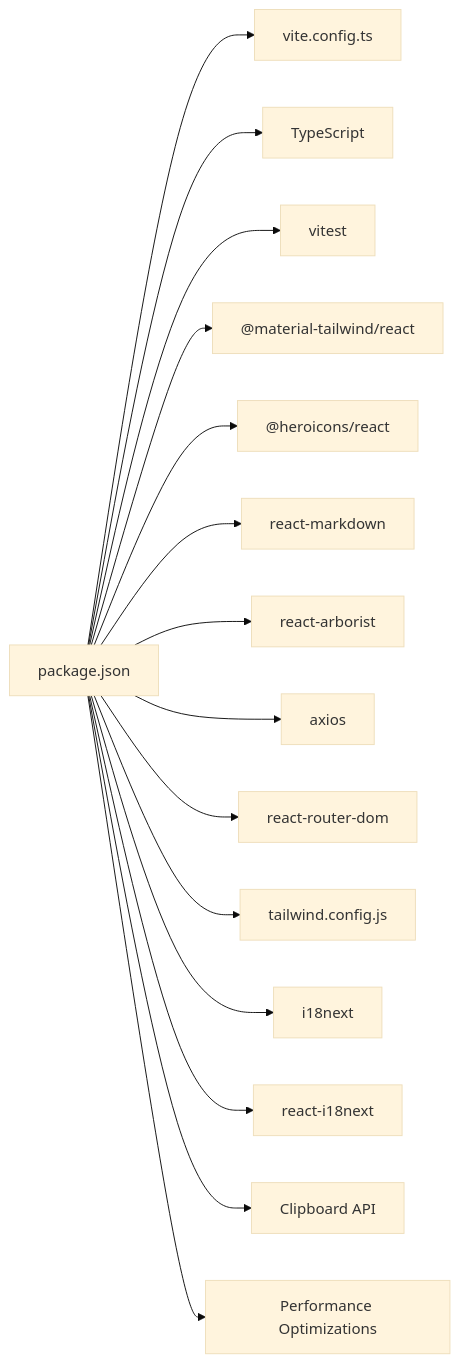
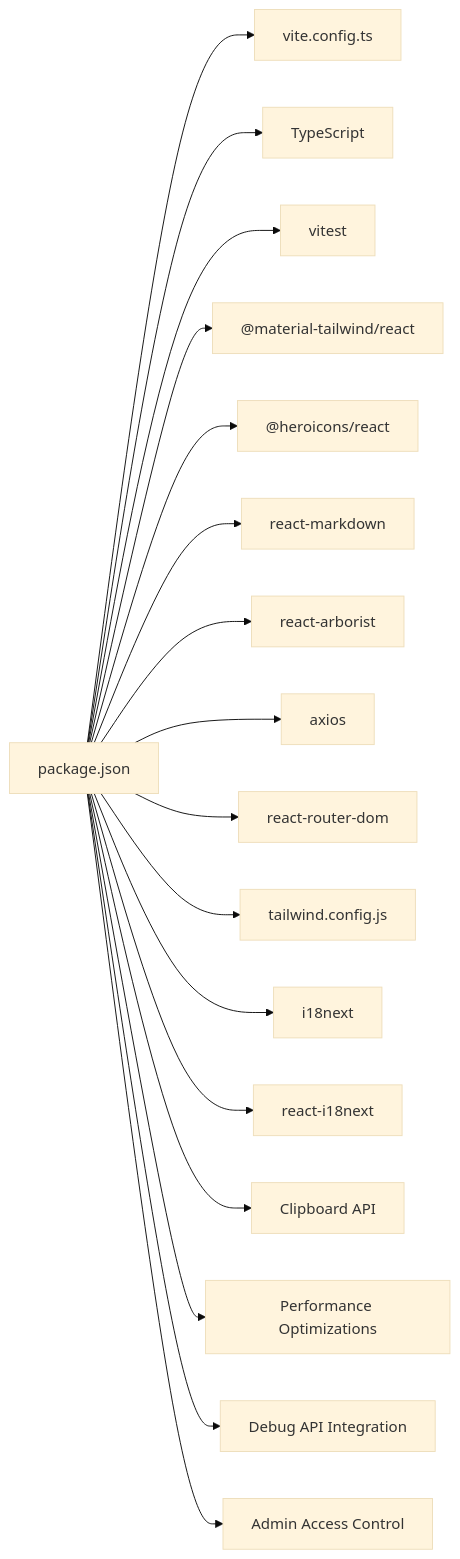
Diagram 23 of 23 in .qoder/repowiki/en/content/Frontend Application/Frontend Application.md (emanuelplopu/MongoDB-RAG-Agent), drawn with Mermaid (base theme) before and after one commit. The commit also changed other lines of this file and 4 other files, not shown here.

````diff
--- a/.qoder/repowiki/en/content/Frontend Application/Frontend Application.md
+++ b/.qoder/repowiki/en/content/Frontend Application/Frontend Application.md
@@ -866,17 +1028,19 @@
 ```mermaid
 graph LR
 Pkg["package.json"] --> Vite["vite.config.ts"]
 Pkg --> TS["TypeScript"]
 Pkg --> Test["vitest"]
 Pkg --> UI["@material-tailwind/react"]
 Pkg --> Icons["@heroicons/react"]
 Pkg --> Markdown["react-markdown"]
 Pkg --> Tree["react-arborist"]
 Pkg --> Axios["axios"]
 Pkg --> Router["react-router-dom"]
 Pkg --> Tailwind["tailwind.config.js"]
 Pkg --> I18n["i18next"]
 Pkg --> ReactI18n["react-i18next"]
 Pkg --> Clipboard["Clipboard API"]
 Pkg --> Skeleton["Performance Optimizations"]
+Pkg --> Debug["Debug API Integration"]
+Pkg --> Admin["Admin Access Control"]
 ```
````
